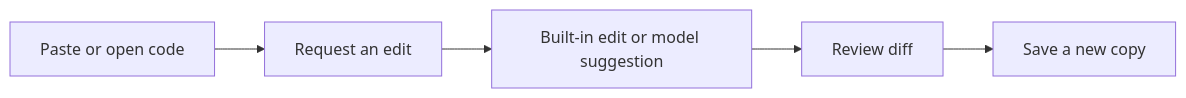
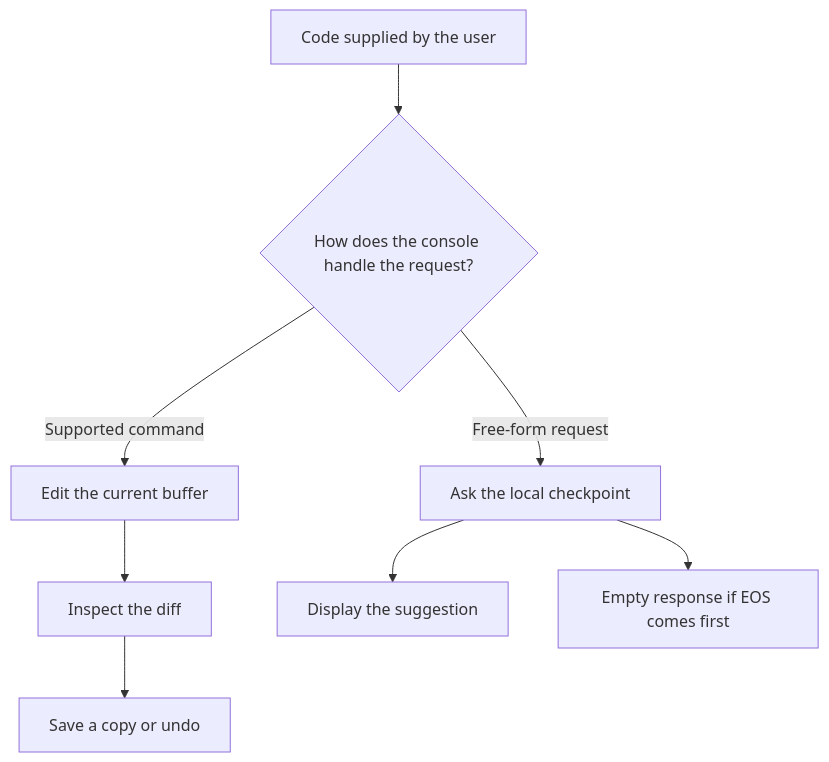
One commit to keepithandy/plex-nano changed the first of 2 diagrams in README.md. Above: the diagram before and after it, drawn with Mermaid. The commit also changed other lines of this file, not shown here.

Commit message:
Restore the Plex README banner and document the research behind local editing

````diff
--- a/README.md
+++ b/README.md
@@ -5,7 +68,10 @@
 ```mermaid
-flowchart LR
-    A["Paste or open code"] --> B["Request an edit"]
-    B --> C["Built-in edit or model suggestion"]
-    C --> D["Review diff"]
-    D --> E["Save a new copy"]
+flowchart TD
+    A["Code supplied by the user"] --> B{"How does the console handle the request?"}
+    B -->|Supported command| C["Edit the current buffer"]
+    B -->|Free-form request| D["Ask the local checkpoint"]
+    C --> E["Inspect the diff"]
+    E --> F["Save a copy or undo"]
+    D --> G["Display the suggestion"]
+    D --> H["Empty response if EOS comes first"]
 ```
````
